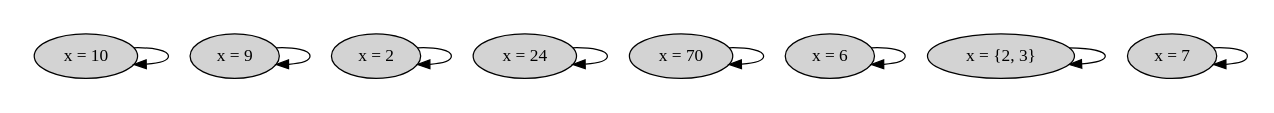
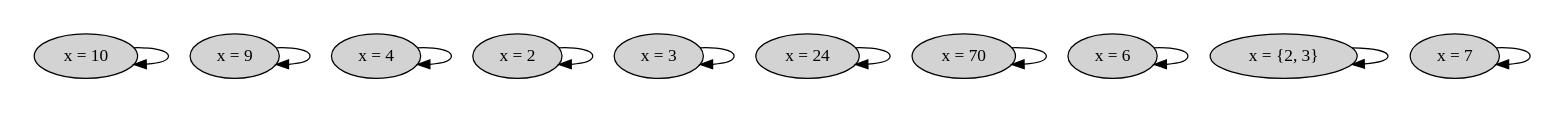
The diagram in specs/with_state_graphs/simple_arith.tla.dot (will62794/tla-web), drawn with Graphviz before and after one commit. The commit also changed 2 other files, not shown here.

```diff
--- a/specs/with_state_graphs/simple_arith.tla.dot
+++ b/specs/with_state_graphs/simple_arith.tla.dot
@@ -1,23 +1,27 @@
 strict digraph DiskGraph {
 nodesep=0.35;
 subgraph cluster_graph {
 color="white";
 -8178219181039606634 [label="x = 7",style = filled]
 7370575430079608434 [label="x = {2, 3}",style = filled]
 6329252015968950060 [label="x = 6",style = filled]
 -6315386771549824488 [label="x = 70",style = filled]
 -1373114418567993226 [label="x = 24",style = filled]
+7158667421841284535 [label="x = 3",style = filled]
 -5039642576729477619 [label="x = 2",style = filled]
+-7132380105738314465 [label="x = 4",style = filled]
 740240026893633665 [label="x = 9",style = filled]
 1855569396714172680 [label="x = 10",style = filled]
 -8178219181039606634 -> -8178219181039606634 [label="",color="black",fontcolor="black"];
 7370575430079608434 -> 7370575430079608434 [label="",color="black",fontcolor="black"];
 6329252015968950060 -> 6329252015968950060 [label="",color="black",fontcolor="black"];
 -6315386771549824488 -> -6315386771549824488 [label="",color="black",fontcolor="black"];
 -1373114418567993226 -> -1373114418567993226 [label="",color="black",fontcolor="black"];
+7158667421841284535 -> 7158667421841284535 [label="",color="black",fontcolor="black"];
 -5039642576729477619 -> -5039642576729477619 [label="",color="black",fontcolor="black"];
+-7132380105738314465 -> -7132380105738314465 [label="",color="black",fontcolor="black"];
 740240026893633665 -> 740240026893633665 [label="",color="black",fontcolor="black"];
 1855569396714172680 -> 1855569396714172680 [label="",color="black",fontcolor="black"];
-{rank = same; -6315386771549824488;740240026893633665;-8178219181039606634;6329252015968950060;-1373114418567993226;7370575430079608434;1855569396714172680;-5039642576729477619;}
+{rank = same; -6315386771549824488;740240026893633665;-8178219181039606634;6329252015968950060;-1373114418567993226;-7132380105738314465;7158667421841284535;7370575430079608434;1855569396714172680;-5039642576729477619;}
 }
 }
```
